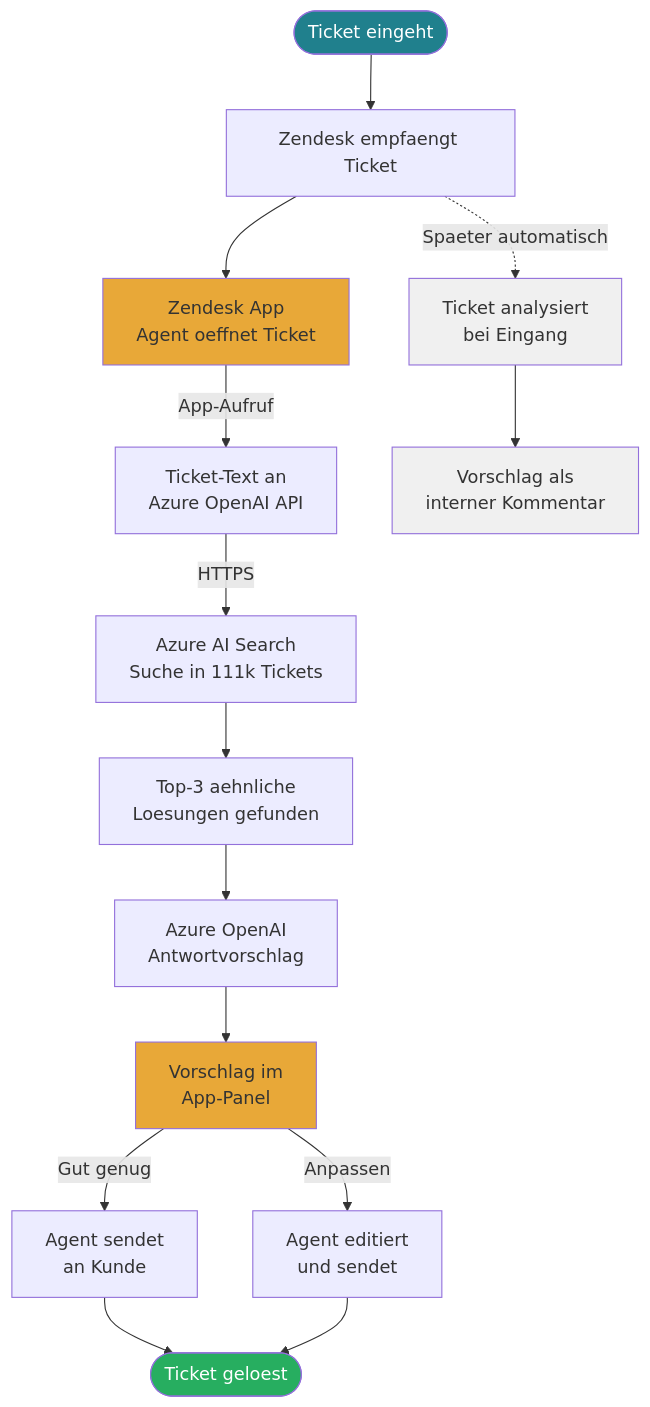
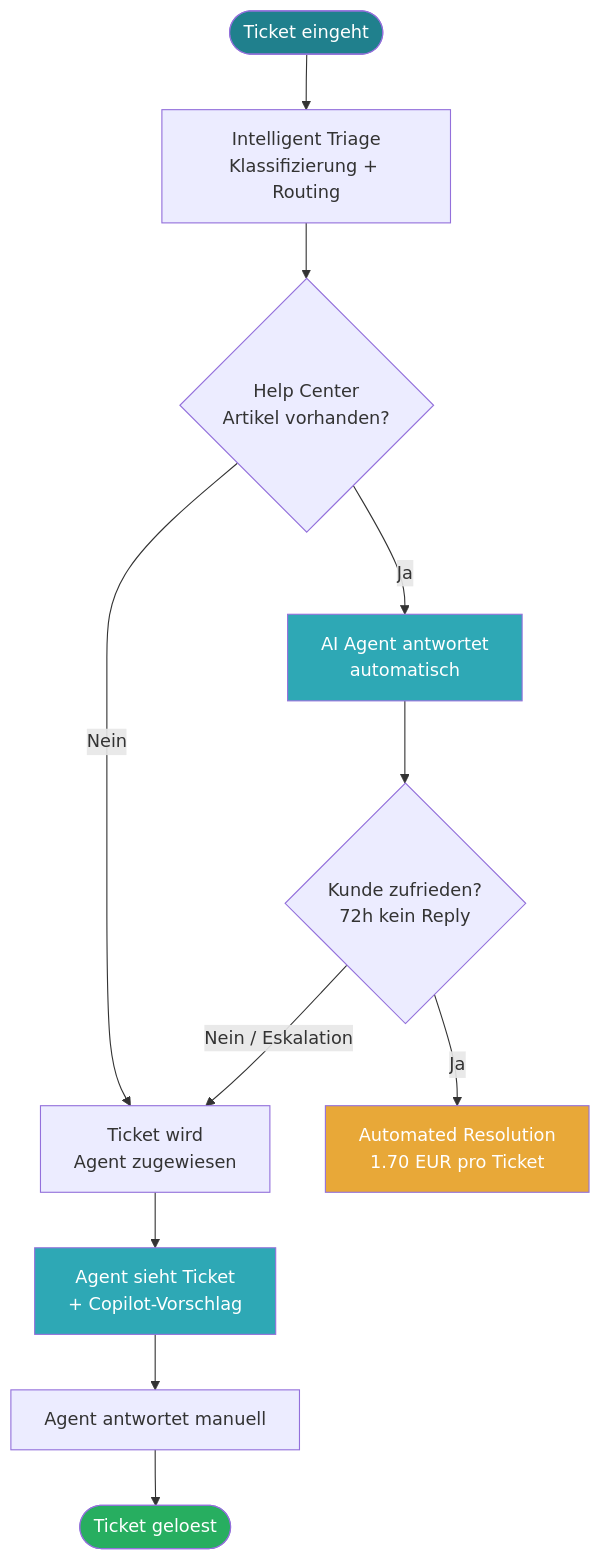
One commit to tekknix/zendesk-ai changed the first of 14 diagrams in readme.md. Above: the diagram before and after it, drawn with Mermaid.

````diff
--- a/readme.md
+++ b/readme.md
@@ -12,24 +12,19 @@
 ```mermaid
 flowchart TD
-    A([Ticket eingeht]) --> B[Zendesk empfaengt Ticket]
-    B --> C[Zendesk App<br>Agent oeffnet Ticket]
-    C -->|App-Aufruf| D[Ticket-Text an<br>Azure OpenAI API]
-    D -->|HTTPS| E[Azure AI Search<br>Suche in 111k Tickets]
-    E --> F[Top-3 aehnliche<br>Loesungen gefunden]
-    F --> G[Azure OpenAI<br>Antwortvorschlag]
-    G --> H[Vorschlag im<br>App-Panel]
-    H -->|Gut genug| I[Agent sendet<br>an Kunde]
-    H -->|Anpassen| K[Agent editiert<br>und sendet]
-    I --> L([Ticket geloest])
-    K --> L
-
-    B -.->|Spaeter automatisch| M[Ticket analysiert<br>bei Eingang]
-    M --> N[Vorschlag als<br>interner Kommentar]
+    A([Ticket eingeht]) --> B[Intelligent Triage<br>Klassifizierung + Routing]
+    B --> C{Help Center<br>Artikel vorhanden?}
+    C -->|Ja| D[AI Agent antwortet<br>automatisch]
+    C -->|Nein| E[Ticket wird<br>Agent zugewiesen]
+    D --> F{Kunde zufrieden?<br>72h kein Reply}
+    F -->|Ja| G[Automated Resolution<br>1.70 EUR pro Ticket]
+    F -->|Nein / Eskalation| E
+    E --> H[Agent sieht Ticket<br>+ Copilot-Vorschlag]
+    H --> I[Agent antwortet manuell]
+    I --> J([Ticket geloest])
 
     style A fill:#20808D,color:#fff
-    style C fill:#E8A838,color:#333
-    style H fill:#E8A838,color:#333
-    style L fill:#27AE60,color:#fff
-    style M fill:#f0f0f0,color:#333
-    style N fill:#f0f0f0,color:#333
+    style G fill:#E8A838,color:#fff
+    style J fill:#27AE60,color:#fff
+    style D fill:#2EA8B5,color:#fff
+    style H fill:#2EA8B5,color:#fff
 ```
````
